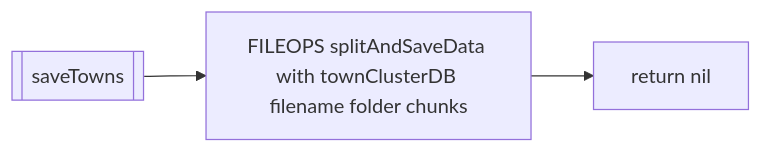
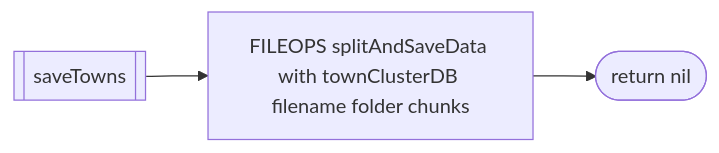
The fourth of 5 diagrams in docs/world/towns.md (Gh0st352/AETHR), drawn with Mermaid before and after one commit. The commit also changed other lines of this file and 7 other files, not shown here.

First line of the commit message:
docs(world, mermaid): normalize headings and standardize Mermaid diagrams

````diff
--- a/docs/world/towns.md
+++ b/docs/world/towns.md
@@ -73,5 +93,9 @@
 ```mermaid
+%% shared theme: docs/_mermaid/theme.json %%
 flowchart LR
   ST[[saveTowns]] --> W[FILEOPS splitAndSaveData with townClusterDB filename folder chunks]
-  W --> RET[return nil]
+  W --> RET([return nil])
+
+  class RET class_result;
+  class ST,W class_step;
 ```
````
